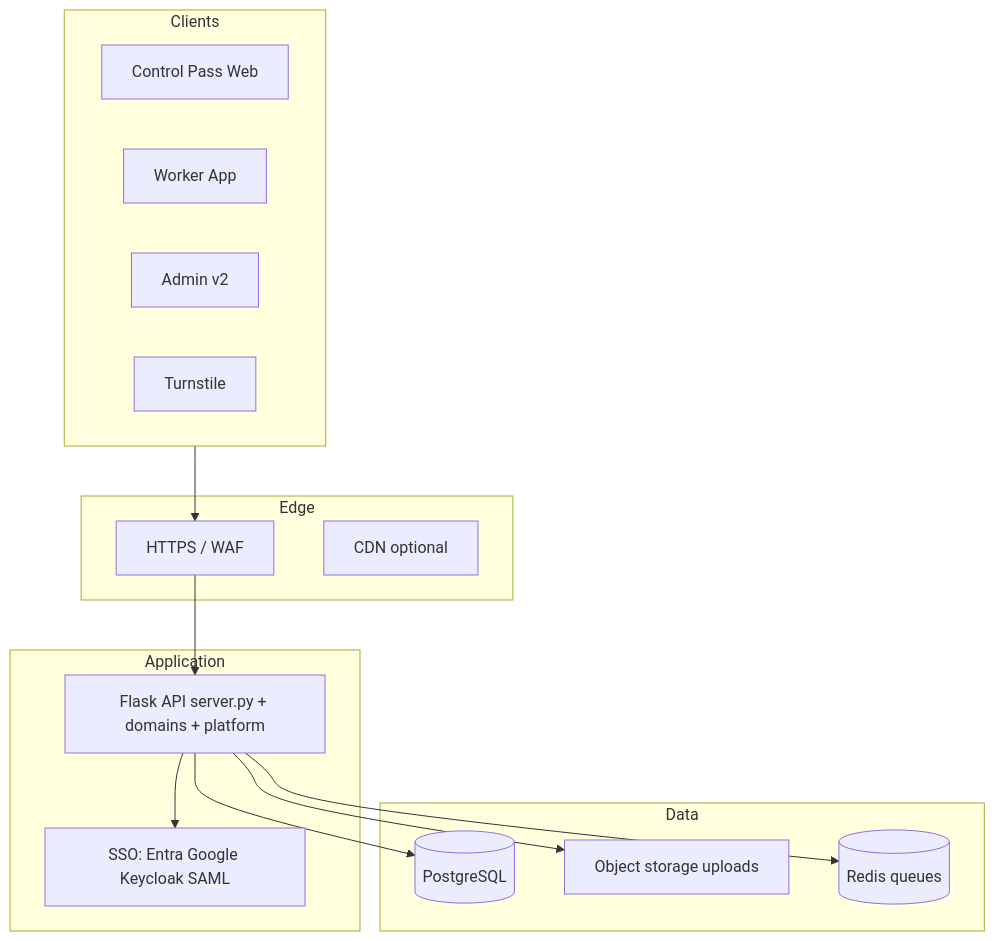
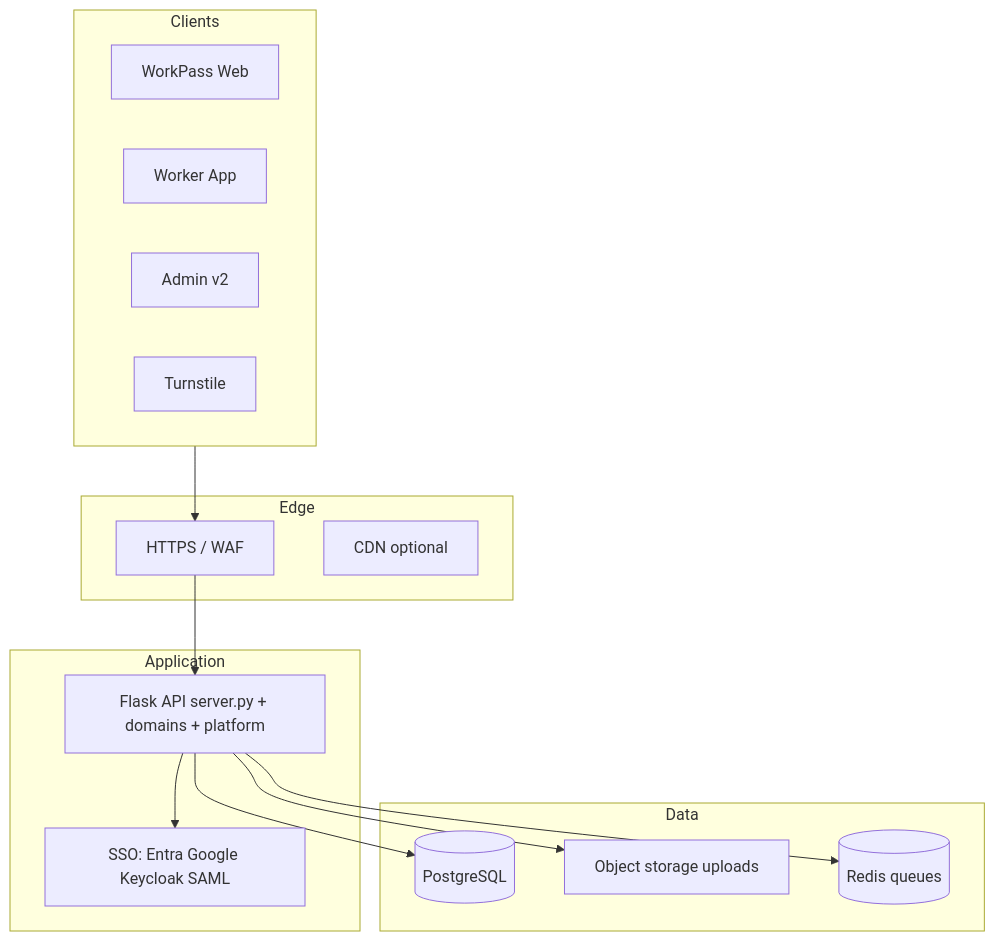
The diagram in docs/enterprise-security/security-architecture-AR.md (baukometra10/baupass-backend), drawn with Mermaid before and after one commit. The commit also changed other lines of this file and 243 other files, not shown here.

First line of the commit message:
Fix Enterprise 8-language i18n and complete WorkPass platform rebrand.

````diff
--- a/docs/enterprise-security/security-architecture-AR.md
+++ b/docs/enterprise-security/security-architecture-AR.md
@@ -3,27 +3,27 @@
 ```mermaid
 flowchart TB
   subgraph clients [Clients]
-    CP[Control Pass Web]
+    CP[WorkPass Web]
     WA[Worker App]
     ADM[Admin v2]
     TS[Turnstile]
   end
   subgraph edge [Edge]
     TLS[HTTPS / WAF]
     CDN[CDN optional]
   end
   subgraph app [Application]
     API[Flask API server.py + domains + platform]
     SSO[SSO: Entra Google Keycloak SAML]
   end
   subgraph data [Data]
     PG[(PostgreSQL)]
     OBJ[Object storage uploads]
     REDIS[(Redis queues)]
   end
   clients --> TLS --> API
   API --> SSO
   API --> PG
   API --> OBJ
   API --> REDIS
 ```
````
